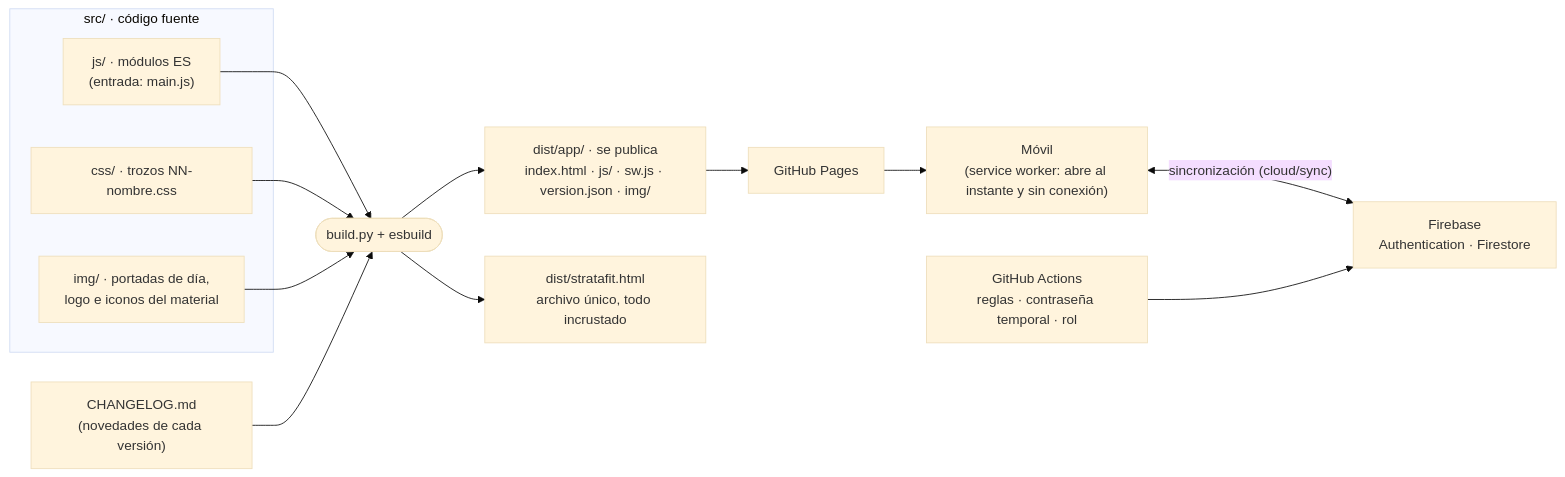
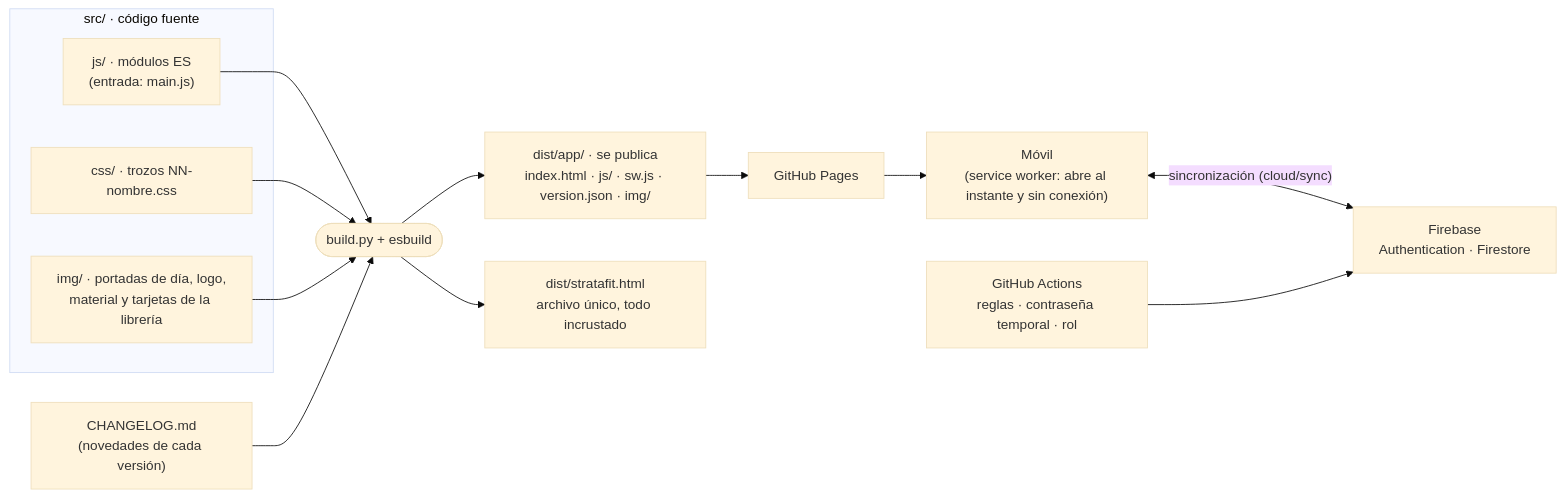
Before and after one commit to victorroma01/Fitflow: the diagram in docs/tecnica/README.md, drawn with Mermaid (base theme). The commit also changed other lines of this file and 56 other files, not shown here.

````diff
--- a/docs/tecnica/README.md
+++ b/docs/tecnica/README.md
@@ -34,20 +34,20 @@
 ```mermaid
 flowchart LR
   subgraph fuente["src/ · código fuente"]
     JS["js/ · módulos ES<br/>(entrada: main.js)"]
     CSS["css/ · trozos NN-nombre.css"]
-    IMG["img/ · portadas de día,<br/>logo e iconos del material"]
+    IMG["img/ · portadas de día, logo,<br/>material y tarjetas de la librería"]
   end
   CL["CHANGELOG.md<br/>(novedades de cada versión)"]
   B(["build.py + esbuild"])
   JS --> B
   CSS --> B
   IMG --> B
   CL --> B
   B --> APP["dist/app/ · se publica<br/>index.html · js/ · sw.js · version.json · img/"]
   B --> ONE["dist/stratafit.html<br/>archivo único, todo incrustado"]
   APP --> PAGES["GitHub Pages"]
   PAGES --> PHONE["Móvil<br/>(service worker: abre al instante y sin conexión)"]
   PHONE <-->|"sincronización (cloud/sync)"| FB["Firebase<br/>Authentication · Firestore"]
   GHA["GitHub Actions<br/>reglas · contraseña temporal · rol"] --> FB
 ```
````
